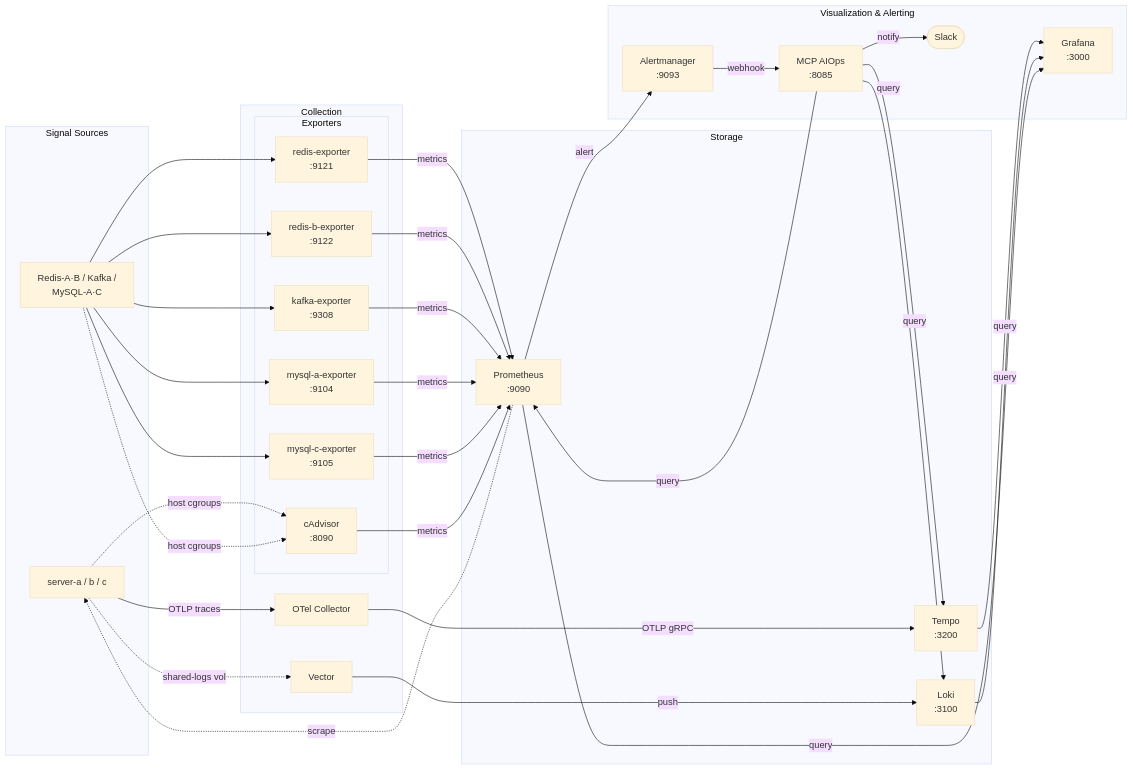
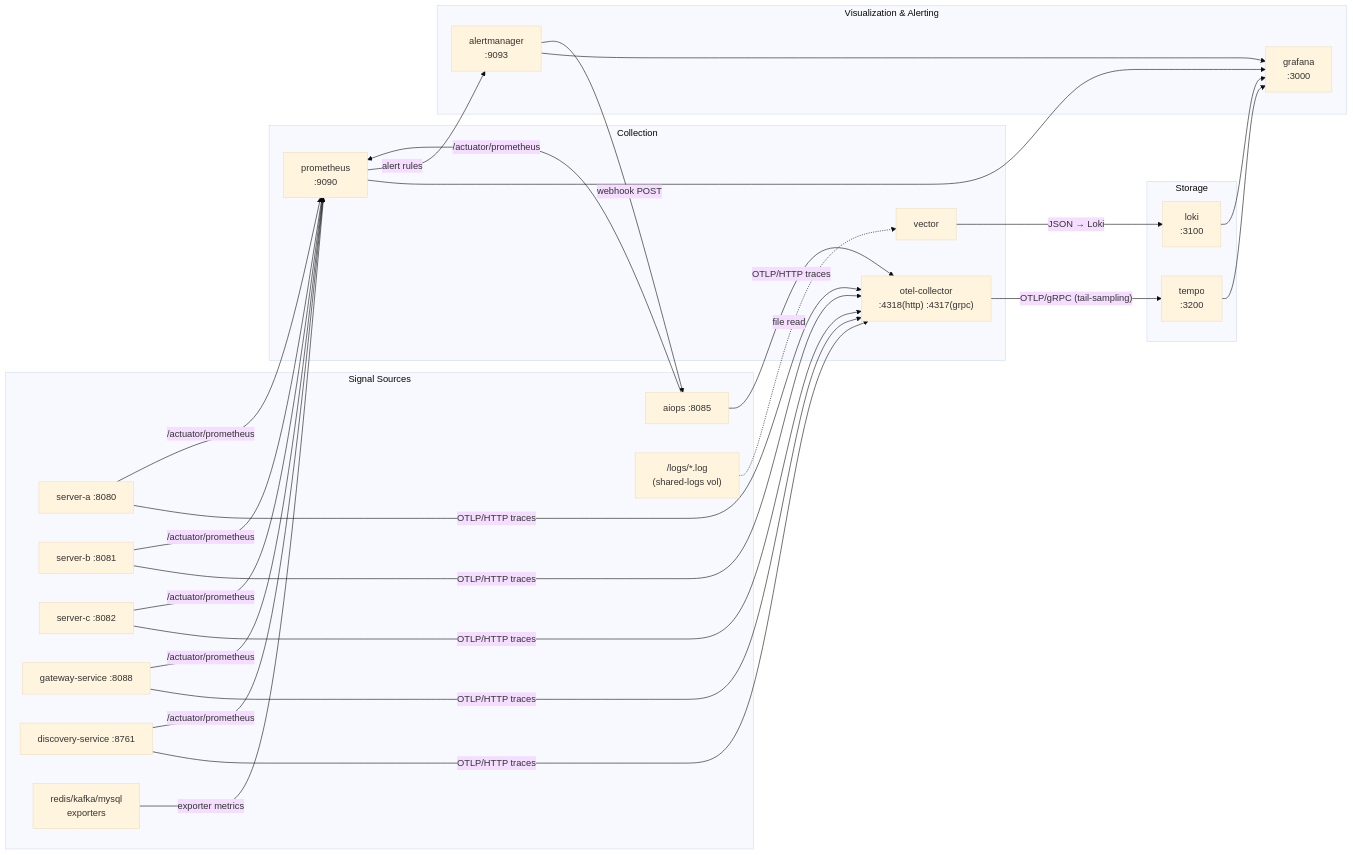
One commit to michi2012/goods-promotion-project changed the second of 2 diagrams in docs/infra-diagram.md. Above: the diagram before and after it, drawn with Mermaid (base theme). The commit also changed other lines of this file and 30 other files, not shown here.

First line of the commit message:
feat: MSA 인프라 레이어 추가 (gateway-service, discovery-service)

````diff
--- a/docs/infra-diagram.md
+++ b/docs/infra-diagram.md
@@ -51,49 +75,51 @@
 ```mermaid
 flowchart LR
     subgraph Src["Signal Sources"]
-        apps["server-a / b / c"]
-        infraSrc["Redis-A·B / Kafka /\nMySQL-A·C"]
+        SA["server-a :8080"]
+        SB["server-b :8081"]
+        SC["server-c :8082"]
+        GW["gateway-service :8088"]
+        DS["discovery-service :8761"]
+        AIO["aiops :8085"]
+        Logs["/logs/*.log\n(shared-logs vol)"]
+        Infra["redis/kafka/mysql\nexporters"]
     end
 
     subgraph Collect["Collection"]
-        otel["OTel Collector"]
-        vector["Vector"]
-        subgraph Exp["Exporters"]
-            redisExp["redis-exporter\n:9121"]
-            redisBExp["redis-b-exporter\n:9122"]
-            kafkaExp["kafka-exporter\n:9308"]
-            mysqlAExp["mysql-a-exporter\n:9104"]
-            mysqlCExp["mysql-c-exporter\n:9105"]
-            cadvisor["cAdvisor\n:8090"]
-        end
+        OTEL["otel-collector\n:4318(http) :4317(grpc)"]
+        VEC["vector"]
+        PROM["prometheus\n:9090"]
     end
 
     subgraph Store["Storage"]
-        tempo["Tempo\n:3200"]
-        loki["Loki\n:3100"]
-        prometheus["Prometheus\n:9090"]
+        Tempo["tempo\n:3200"]
+        Loki["loki\n:3100"]
     end
 
     subgraph Vis["Visualization & Alerting"]
-        grafana["Grafana\n:3000"]
-        alertmanager["Alertmanager\n:9093"]
-        mcp["MCP AIOps\n:8085"]
-        Slack(["Slack"])
+        Grafana["grafana\n:3000"]
+        AM["alertmanager\n:9093"]
     end
 
-    apps -->|OTLP traces| otel
-    apps -.->|shared-logs vol| vector
-    infraSrc --> redisExp & redisBExp & kafkaExp & mysqlAExp & mysqlCExp
-    apps & infraSrc -.->|host cgroups| cadvisor
+    %% Traces: 앱 → otel-collector → tempo
+    SA & SB & SC & GW & DS & AIO -->|"OTLP/HTTP traces"| OTEL
+    OTEL -->|"OTLP/gRPC (tail-sampling)"| Tempo
 
-    otel -->|OTLP gRPC| tempo
-    vector -->|push| loki
-    redisExp & redisBExp & kafkaExp & mysqlAExp & mysqlCExp & cadvisor -->|metrics| prometheus
-    prometheus -.->|scrape| apps
+    %% Logs: shared-logs → vector → loki
+    Logs -.->|"file read"| VEC
+    VEC -->|"JSON → Loki"| Loki
 
-    tempo & loki & prometheus -->|query| grafana
-    prometheus -->|alert| alertmanager
-    alertmanager -->|webhook| mcp
-    mcp -->|query| prometheus & loki & tempo
-    mcp -->|notify| Slack
+    %% Metrics: prometheus scrape
+    SA & SB & SC & GW & DS & AIO -->|"/actuator/prometheus"| PROM
+    Infra -->|"exporter metrics"| PROM
+
+    %% Grafana datasources
+    PROM --> Grafana
+    Tempo --> Grafana
+    Loki --> Grafana
+    AM --> Grafana
+
+    %% Alerting
+    PROM -->|"alert rules"| AM
+    AM -->|"webhook POST"| AIO
 ```
````
